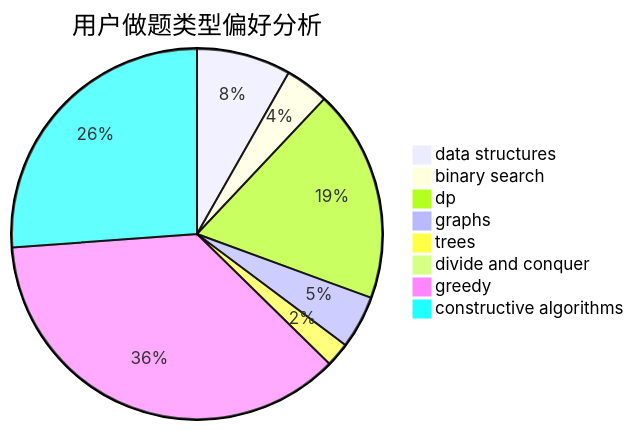
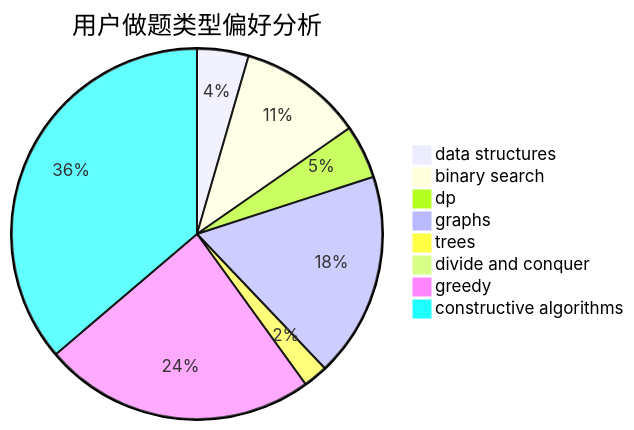
One commit to sherpahu/cfrs.github.io changed the second of 3 diagrams in docs/user/u2602.md. Above: the diagram before and after it, drawn with Mermaid. The commit also changed other lines of this file and 2770 other files, not shown here.

````diff
--- a/docs/user/u2602.md
+++ b/docs/user/u2602.md
@@ -23,11 +23,11 @@
 ```mermaid
 pie title 用户做题类型偏好分析
-    "data structures" :  39
-    "binary search" :  18
-    "dp" :  88
-    "graphs" :  22
-    "trees" :  10
-    "divide and conquer" :  0
-    "greedy" :  173
-    "constructive algorithms" :  124
+    "data structures" :  46
+    "binary search" :  111
+    "dp" :  48
+    "graphs" :  183
+    "trees" :  22
+    "divide and conquer" :  10
+    "greedy" :  243
+    "constructive algorithms" :  371
 ```
````
